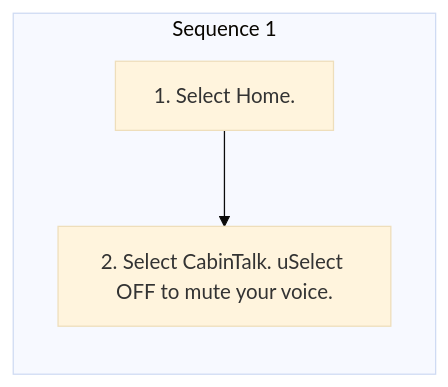
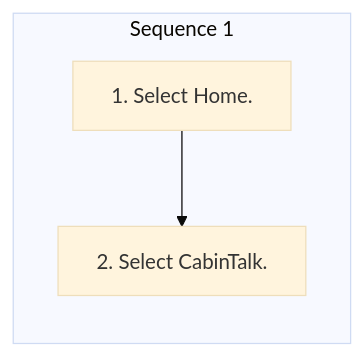
Before and after one commit to Chieko-Y/my-spec-generator: the diagram in workspace/honda/pilot-2026/ivi/published/features/28-cabintalk.md, drawn with Mermaid (base theme). The commit also changed other lines of this file and 59 other files, not shown here.

````diff
--- a/workspace/honda/pilot-2026/ivi/published/features/28-cabintalk.md
+++ b/workspace/honda/pilot-2026/ivi/published/features/28-cabintalk.md
@@ -14,9 +14,9 @@
 ```mermaid
 flowchart TD
     subgraph SEQ1["Sequence 1"]
     direction TB
     S1_1["1. Select Home."]
-    S1_2["2. Select CabinTalk. uSelect OFF to mute your voice."]
+    S1_2["2. Select CabinTalk."]
     S1_1 --> S1_2
     end
 ```
````
